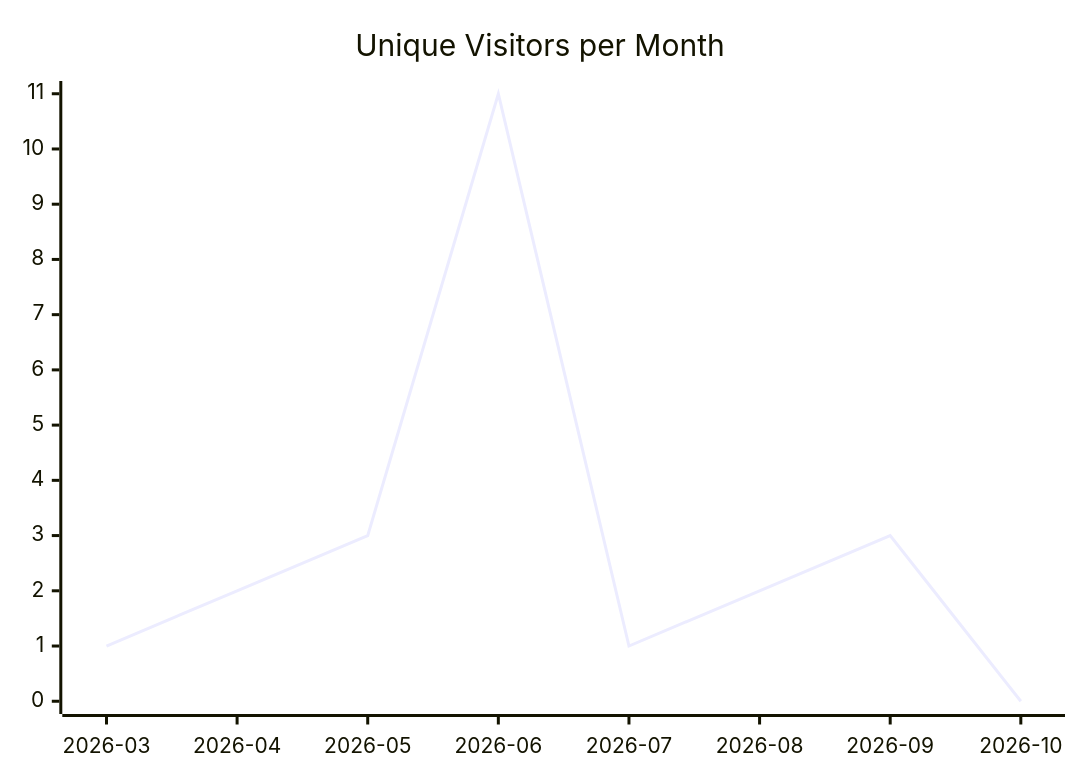
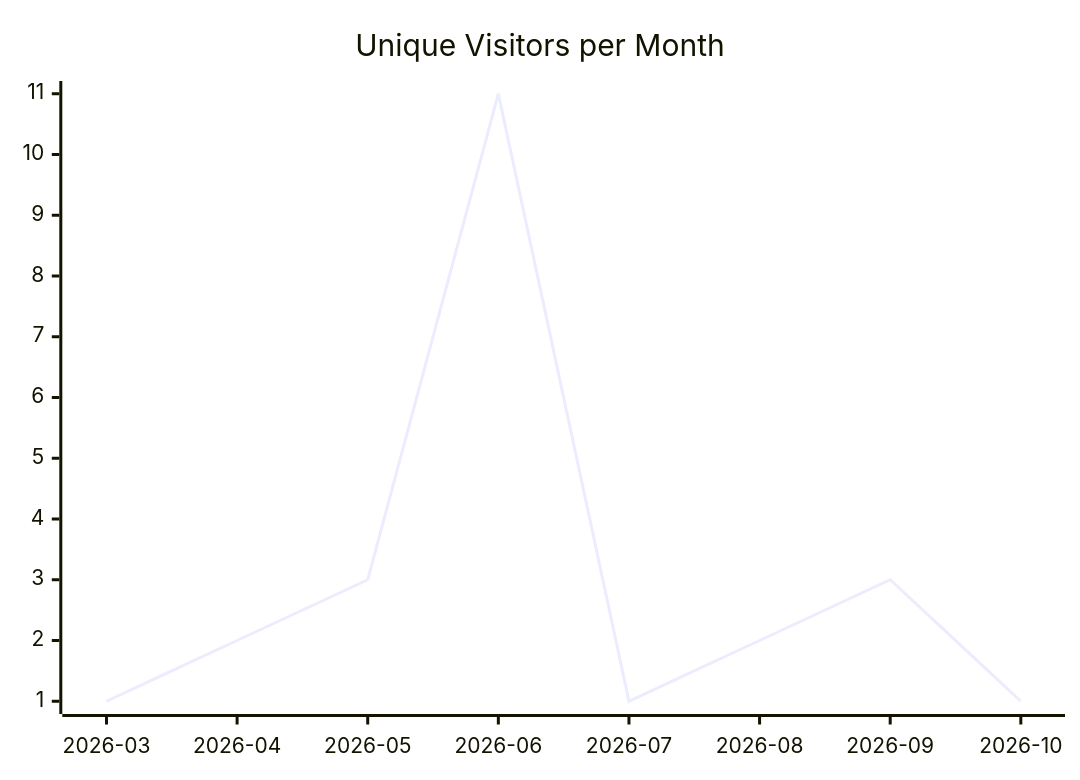
One commit to justdavis-family/github-analytics-data changed the first of 3 diagrams in karlmdavis/justdavis-ansible/README.md. Above: the diagram before and after it, drawn with Mermaid. The commit also changed other lines of this file and 201 other files, not shown here.

````diff
--- a/karlmdavis/justdavis-ansible/README.md
+++ b/karlmdavis/justdavis-ansible/README.md
@@ -5,6 +5,6 @@
 ```mermaid
 xychart-beta
   title "Unique Visitors per Month"
   x-axis ["2026-03", "2026-04", "2026-05", "2026-06", "2026-07", "2026-08", "2026-09", "2026-10"]
-  line [1, 2, 3, 11, 1, 2, 3, 0]
+  line [1, 2, 3, 11, 1, 2, 3, 1]
 ```
````
